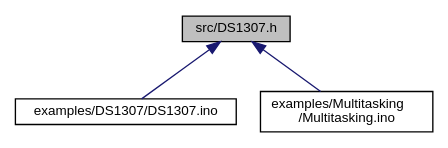
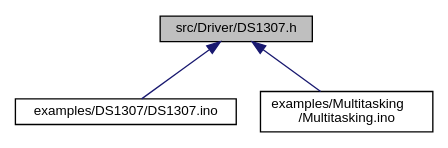
The diagram in Arduino-TWI/db/da4/DS1307_8h__dep__incl.dot (mikaelpatel/mikaelpatel.github.io), drawn with Graphviz before and after one commit. The commit also changed 144 other files, not shown here.

```diff
--- a/Arduino-TWI/db/da4/DS1307_8h__dep__incl.dot
+++ b/Arduino-TWI/db/da4/DS1307_8h__dep__incl.dot
@@ -1,10 +1,10 @@
-digraph "src/DS1307.h"
+digraph "src/Driver/DS1307.h"
 {
   edge [fontname="Helvetica",fontsize="10",labelfontname="Helvetica",labelfontsize="10"];
   node [fontname="Helvetica",fontsize="10",shape=record];
-  Node1 [label="src/DS1307.h",height=0.2,width=0.4,color="black", fillcolor="grey75", style="filled", fontcolor="black"];
+  Node1 [label="src/Driver/DS1307.h",height=0.2,width=0.4,color="black", fillcolor="grey75", style="filled", fontcolor="black"];
   Node1 -> Node2 [dir="back",color="midnightblue",fontsize="10",style="solid",fontname="Helvetica"];
   Node2 [label="examples/DS1307/DS1307.ino",height=0.2,width=0.4,color="black", fillcolor="white", style="filled",URL="$d3/d10/DS1307_8ino.html"];
   Node1 -> Node3 [dir="back",color="midnightblue",fontsize="10",style="solid",fontname="Helvetica"];
   Node3 [label="examples/Multitasking\l/Multitasking.ino",height=0.2,width=0.4,color="black", fillcolor="white", style="filled",URL="$d0/df3/Multitasking_8ino.html"];
 }
```
